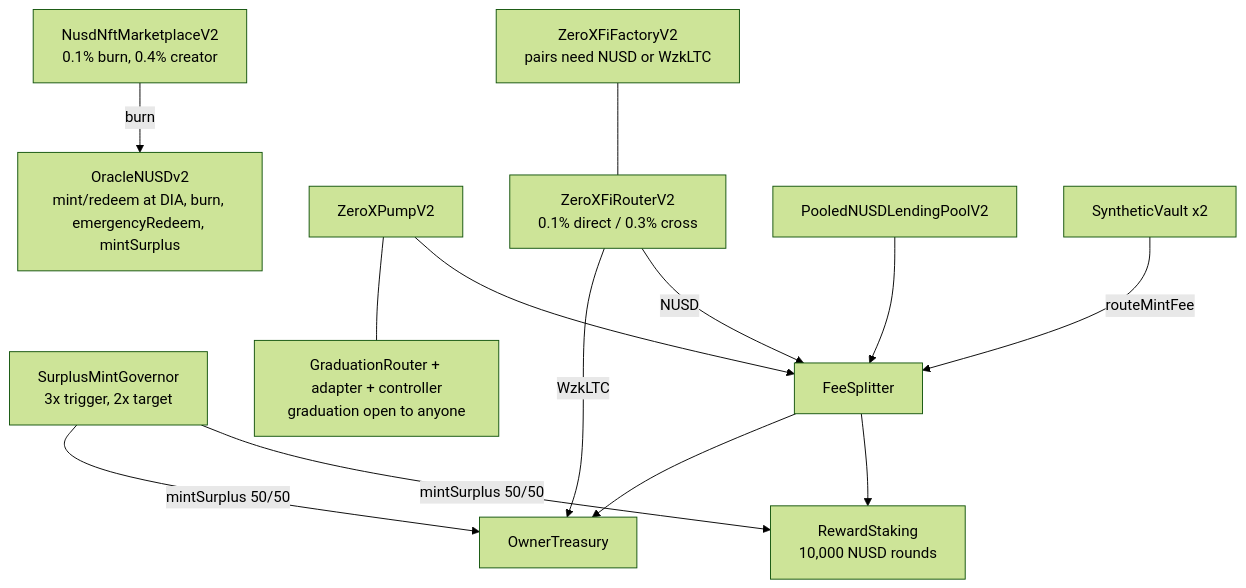
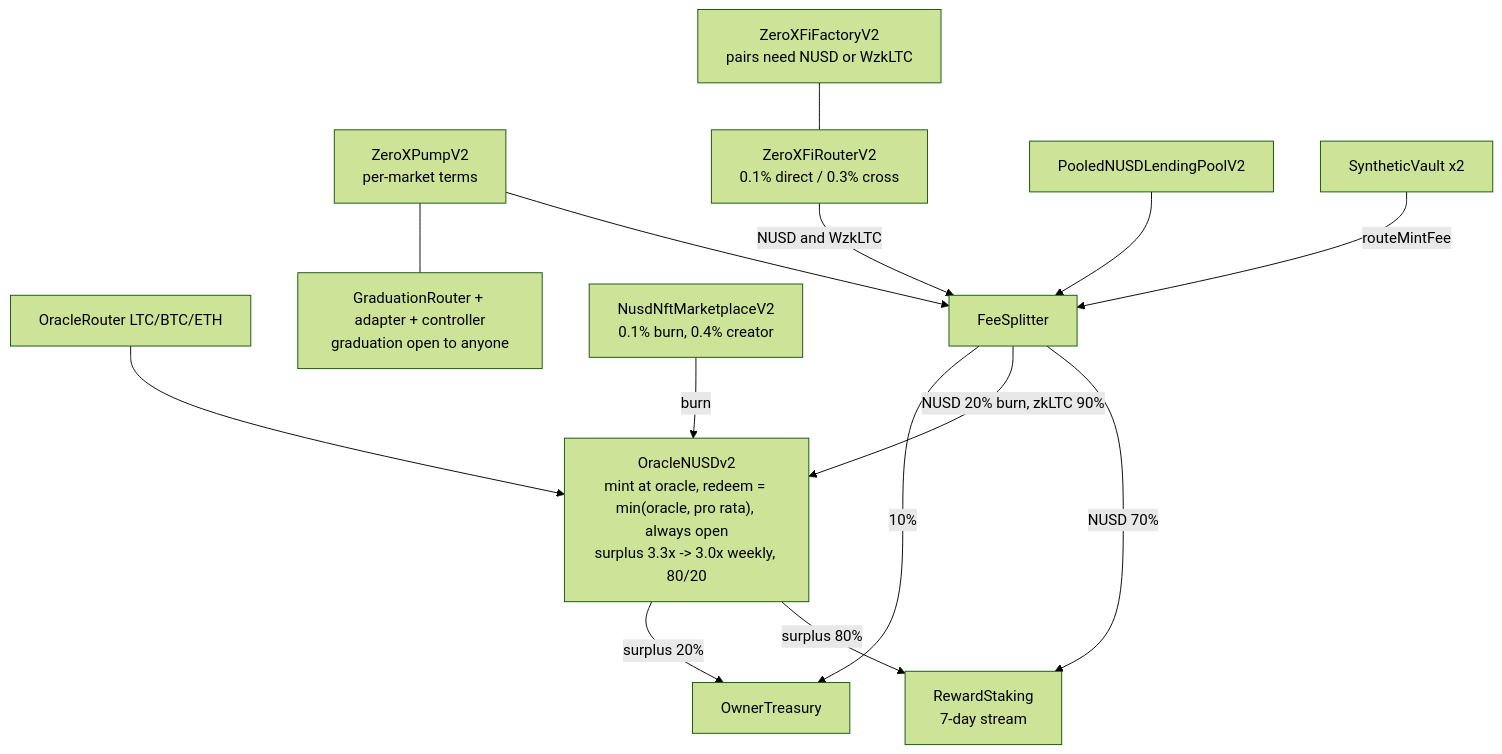
One commit to 0xnothing-network/0xnothing-zkltc changed the diagram in 0xNothing-zkLTC-Testnet/docs/ARCHITECTURE.md. Above: the diagram before and after it, drawn with Mermaid (forest theme). The commit also changed other lines of this file and 78 other files, not shown here.

````diff
--- a/0xNothing-zkLTC-Testnet/docs/ARCHITECTURE.md
+++ b/0xNothing-zkLTC-Testnet/docs/ARCHITECTURE.md
@@ -13,15 +13,17 @@
 ```mermaid
 graph TD
-  NUSD["OracleNUSDv2<br/>mint/redeem at DIA, burn, emergencyRedeem, mintSurplus"]
-  Gov["SurplusMintGovernor<br/>3x trigger, 2x target"] -->|mintSurplus 50/50| Pool & Treasury
-  Pump["ZeroXPumpV2"] --> Split["FeeSplitter"]
-  Router["ZeroXFiRouterV2<br/>0.1% direct / 0.3% cross"] -->|NUSD| Split
-  Router -->|WzkLTC| Treasury["OwnerTreasury"]
+  NUSD["OracleNUSDv2<br/>mint at oracle, redeem = min(oracle, pro rata), always open<br/>surplus 3.3x -> 3.0x weekly, 80/20"]
+  Oracle["OracleRouter LTC/BTC/ETH"] --> NUSD
+  Pump["ZeroXPumpV2<br/>per-market terms"] --> Split["FeeSplitter"]
+  Router["ZeroXFiRouterV2<br/>0.1% direct / 0.3% cross"] -->|NUSD and WzkLTC| Split
   Lending["PooledNUSDLendingPoolV2"] --> Split
   Synth["SyntheticVault x2"] -->|routeMintFee| Split
-  Split --> Pool["RewardStaking<br/>10,000 NUSD rounds"]
-  Split --> Treasury
+  Split -->|NUSD 70%| Staking["RewardStaking<br/>7-day stream"]
+  Split -->|NUSD 20% burn, zkLTC 90%| NUSD
+  Split -->|10%| Treasury["OwnerTreasury"]
+  NUSD -->|surplus 80%| Staking
+  NUSD -->|surplus 20%| Treasury
   Factory["ZeroXFiFactoryV2<br/>pairs need NUSD or WzkLTC"] --- Router
   Market["NusdNftMarketplaceV2<br/>0.1% burn, 0.4% creator"] -->|burn| NUSD
   Pump --- Grad["GraduationRouter + adapter + controller<br/>graduation open to anyone"]
 ```
````
